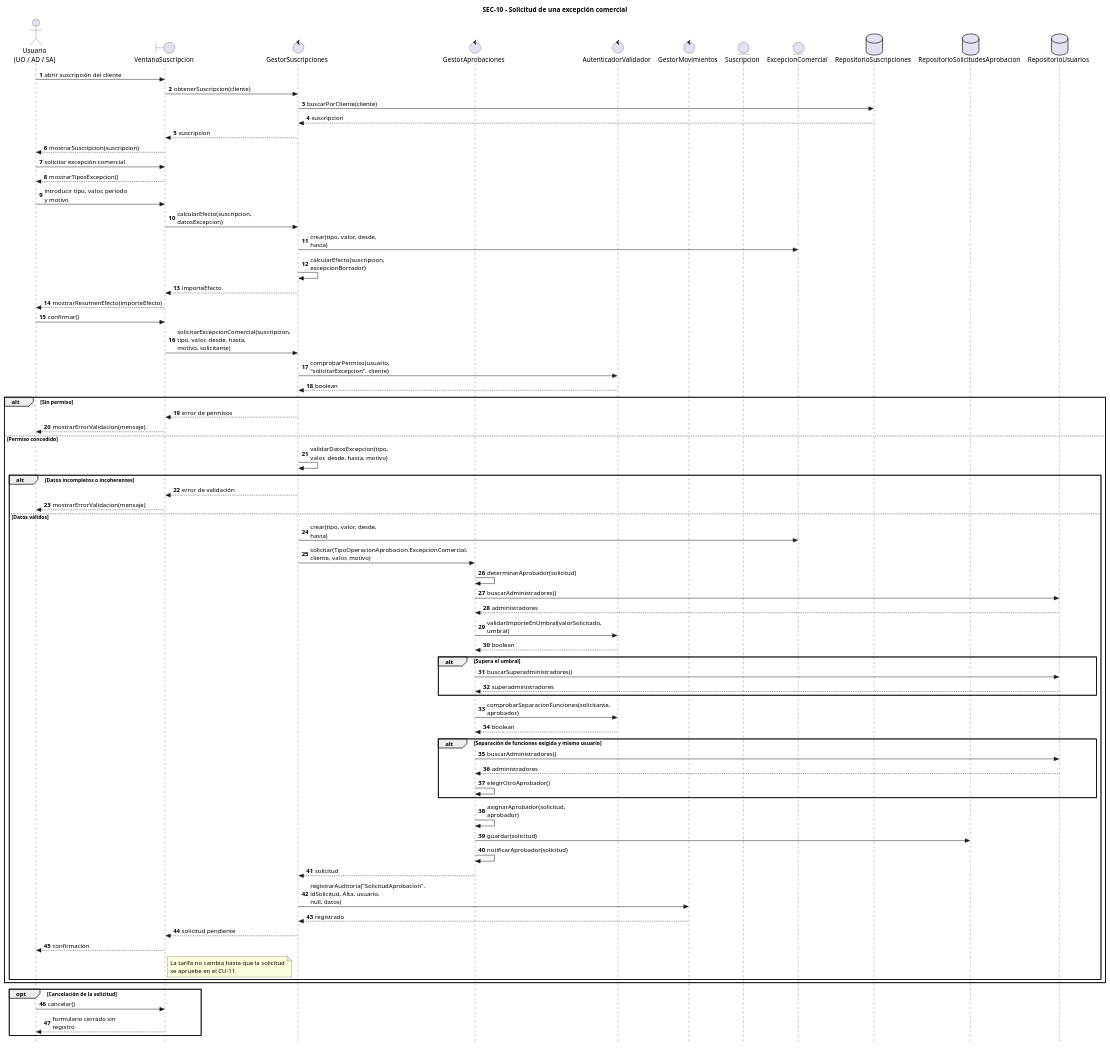
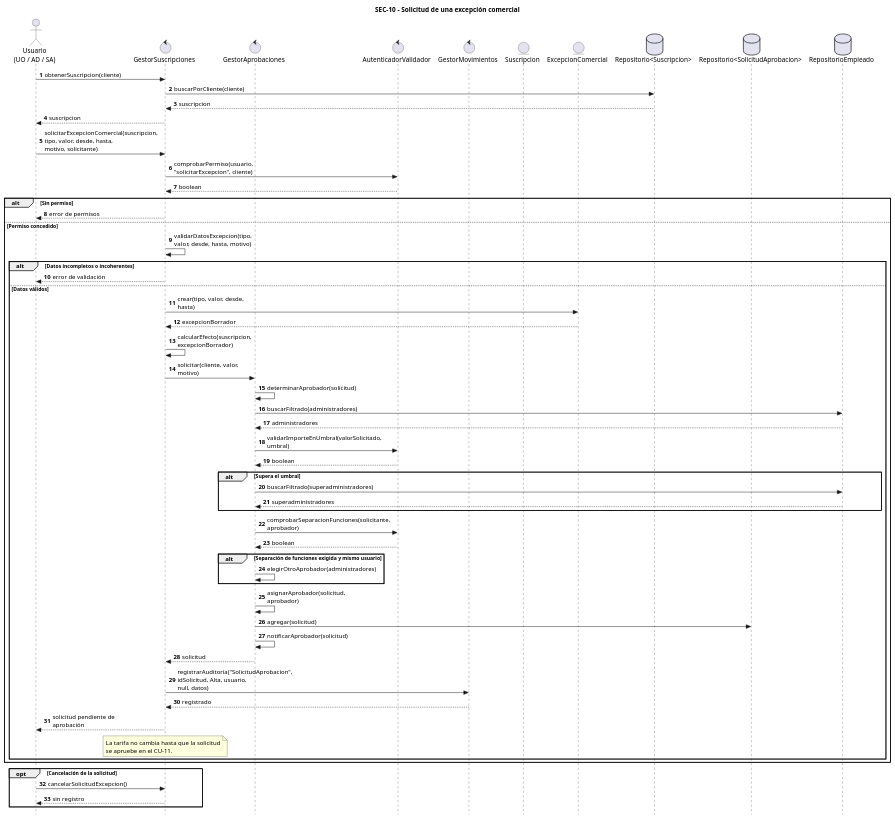
Before and after one commit to Vertossse/Elefantes: the diagram in entrega2/diagramas/secuencias/CU-10.puml, drawn with PlantUML. The commit also changed 3 other files, not shown here.

First line of the commit message:
ADA Entrega 2: secuencias BLOQUE 2 alineadas al modelo unificado de clases y diagrama de gestores

```diff
--- a/entrega2/diagramas/secuencias/CU-10.puml
+++ b/entrega2/diagramas/secuencias/CU-10.puml
@@ -1,87 +1,71 @@
 @startuml SEC-10
 skinparam style strictuml
 skinparam maxMessageSize 180
 autonumber
 title SEC-10 - Solicitud de una excepción comercial
 
-actor "Usuario\n(UO / AD / SA)"             as Usuario
-boundary "VentanaSuscripcion"               as Ventana
-control "GestorSuscripciones"               as GS
-control "GestorAprobaciones"                as GA
-control "AutenticadorValidador"             as AV
-control "GestorMovimientos"                 as GM
-entity "Suscripcion"                        as Suscripcion
-entity "ExcepcionComercial"                 as Excepcion
-database "RepositorioSuscripciones"         as RS
-database "RepositorioSolicitudesAprobacion" as RSA
-database "RepositorioUsuarios"              as RU
+actor "Usuario\n(UO / AD / SA)"                  as Usuario
+control "GestorSuscripciones"                    as GS
+control "GestorAprobaciones"                     as GA
+control "AutenticadorValidador"                  as AV
+control "GestorMovimientos"                      as GM
+entity "Suscripcion"                             as Suscripcion
+entity "ExcepcionComercial"                      as Excepcion
+database "Repositorio<Suscripcion>"              as RS
+database "Repositorio<SolicitudAprobacion>"      as RSA
+database "RepositorioEmpleado"                   as RE
 
-Usuario -> Ventana : abrir suscripción del cliente
-Ventana -> GS : obtenerSuscripcion(cliente)
+Usuario -> GS : obtenerSuscripcion(cliente)
 GS -> RS : buscarPorCliente(cliente)
 RS --> GS : suscripcion
-GS --> Ventana : suscripcion
-Ventana --> Usuario : mostrarSuscripcion(suscripcion)
+GS --> Usuario : suscripcion
 
-Usuario -> Ventana : solicitar excepción comercial
-Ventana --> Usuario : mostrarTiposExcepcion()
-Usuario -> Ventana : introducir tipo, valor, periodo y motivo
-Ventana -> GS : calcularEfecto(suscripcion, datosExcepcion)
-GS -> Excepcion : crear(tipo, valor, desde, hasta)
-GS -> GS : calcularEfecto(suscripcion, excepcionBorrador)
-GS --> Ventana : importeEfecto
-Ventana --> Usuario : mostrarResumenEfecto(importeEfecto)
-
-Usuario -> Ventana : confirmar()
-Ventana -> GS : solicitarExcepcionComercial(suscripcion, tipo, valor, desde, hasta, motivo, solicitante)
+Usuario -> GS : solicitarExcepcionComercial(suscripcion, tipo, valor, desde, hasta, motivo, solicitante)
 GS -> AV : comprobarPermiso(usuario, "solicitarExcepcion", cliente)
 AV --> GS : boolean
 
 alt Sin permiso
-  GS --> Ventana : error de permisos
-  Ventana --> Usuario : mostrarErrorValidacion(mensaje)
+  GS --> Usuario : error de permisos
 else Permiso concedido
   GS -> GS : validarDatosExcepcion(tipo, valor, desde, hasta, motivo)
   alt Datos incompletos o incoherentes
-    GS --> Ventana : error de validación
-    Ventana --> Usuario : mostrarErrorValidacion(mensaje)
+    GS --> Usuario : error de validación
   else Datos válidos
     GS -> Excepcion : crear(tipo, valor, desde, hasta)
-    GS -> GA : solicitar(TipoOperacionAprobacion.ExcepcionComercial, cliente, valor, motivo)
+    Excepcion --> GS : excepcionBorrador
+    GS -> GS : calcularEfecto(suscripcion, excepcionBorrador)
+    GS -> GA : solicitar(cliente, valor, motivo)
     GA -> GA : determinarAprobador(solicitud)
-    GA -> RU : buscarAdministradores()
-    RU --> GA : administradores
+    GA -> RE : buscarFiltrado(administradores)
+    RE --> GA : administradores
     GA -> AV : validarImporteEnUmbral(valorSolicitado, umbral)
     AV --> GA : boolean
     alt Supera el umbral
-      GA -> RU : buscarSuperadministradores()
-      RU --> GA : superadministradores
+      GA -> RE : buscarFiltrado(superadministradores)
+      RE --> GA : superadministradores
     end
     GA -> AV : comprobarSeparacionFunciones(solicitante, aprobador)
     AV --> GA : boolean
     alt Separación de funciones exigida y mismo usuario
-      GA -> RU : buscarAdministradores()
-      RU --> GA : administradores
-      GA -> GA : elegirOtroAprobador()
+      GA -> GA : elegirOtroAprobador(administradores)
     end
     GA -> GA : asignarAprobador(solicitud, aprobador)
-    GA -> RSA : guardar(solicitud)
+    GA -> RSA : agregar(solicitud)
     GA -> GA : notificarAprobador(solicitud)
     GA --> GS : solicitud
     GS -> GM : registrarAuditoria("SolicitudAprobacion", idSolicitud, Alta, usuario, null, datos)
     GM --> GS : registrado
-    GS --> Ventana : solicitud pendiente
-    Ventana --> Usuario : confirmación
-    note right of Ventana
+    GS --> Usuario : solicitud pendiente de aprobación
+    note over GS
       La tarifa no cambia hasta que la solicitud
       se apruebe en el CU-11.
     end note
   end
 end
 
 opt Cancelación de la solicitud
-  Usuario -> Ventana : cancelar()
-  Ventana --> Usuario : formulario cerrado sin registro
+  Usuario -> GS : cancelarSolicitudExcepcion()
+  GS --> Usuario : sin registro
 end
 
 @enduml
```
